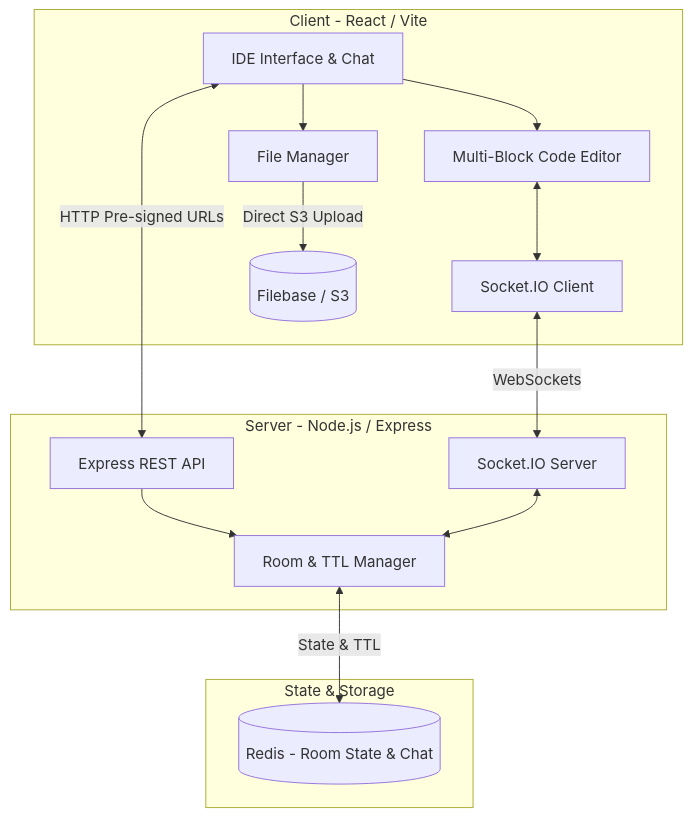
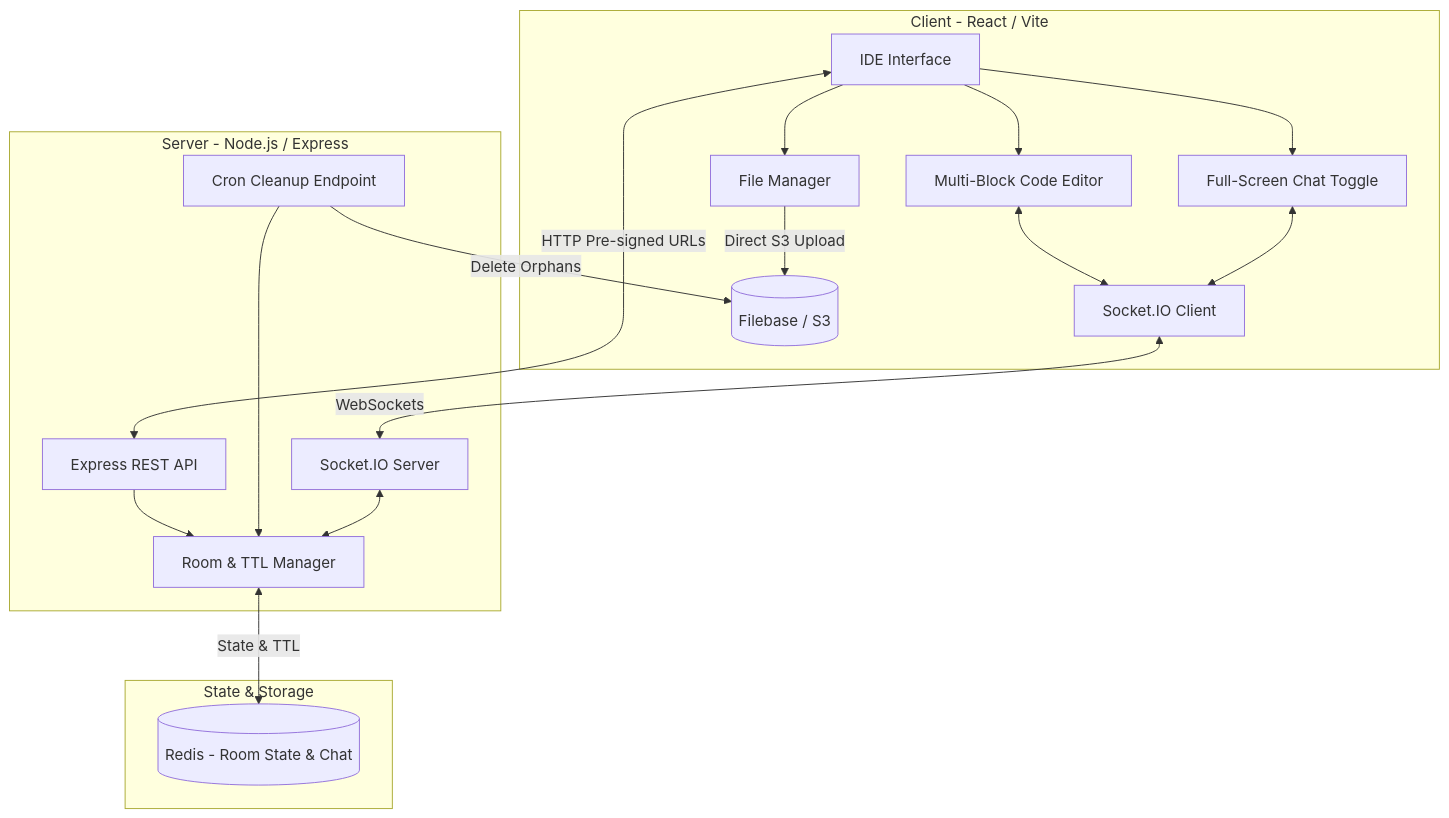
One commit to Gaurravvvv/CodeShare changed the diagram in README.md. Above: the diagram before and after it, drawn with Mermaid. The commit also changed other lines of this file and 5 other files, not shown here.

````diff
--- a/README.md
+++ b/README.md
@@ -9,32 +9,38 @@
 ```mermaid
 graph TD
-    subgraph Frontend [Client - React / Vite]
-        UI[IDE Interface & Chat]
+    subgraph Frontend ["Client - React / Vite"]
+        UI[IDE Interface]
         Editor[Multi-Block Code Editor]
+        Chat[Full-Screen Chat Toggle]
         FileMan[File Manager]
         SocketClient[Socket.IO Client]
         
         UI --> Editor
+        UI --> Chat
         UI --> FileMan
         Editor <--> SocketClient
+        Chat <--> SocketClient
         FileMan -->|Direct S3 Upload| Storage[(Filebase / S3)]
     end
 
-    subgraph Backend [Server - Node.js / Express]
+    subgraph Backend ["Server - Node.js / Express"]
         API[Express REST API]
+        CronCleanup[Cron Cleanup Endpoint]
         SocketServer[Socket.IO Server]
         RoomService[Room & TTL Manager]
         
         API --> RoomService
+        CronCleanup --> RoomService
         SocketServer <--> RoomService
     end
 
-    subgraph State & Storage
+    subgraph Storage_Layer ["State & Storage"]
         Redis[(Redis - Room State & Chat)]
         Storage
     end
 
     SocketClient <-->|WebSockets| SocketServer
     UI <-->|HTTP Pre-signed URLs| API
     RoomService <-->|State & TTL| Redis
+    CronCleanup -->|Delete Orphans| Storage
 ```
````
